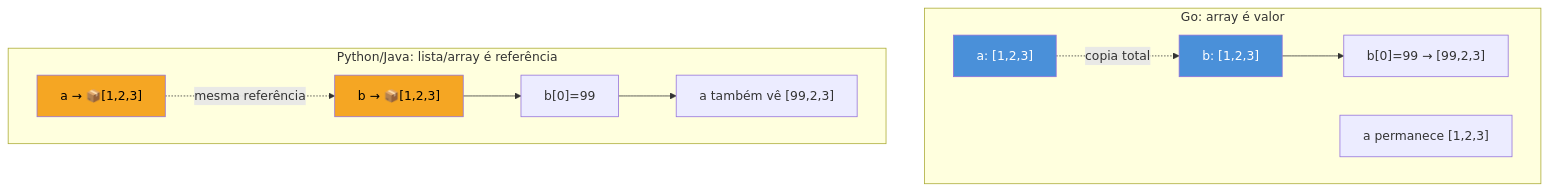
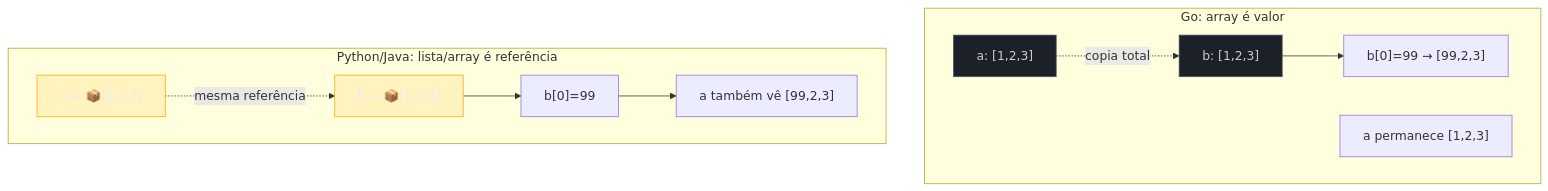
One commit to josenaldo/codex-technomanticus changed the diagram in 03-Dominios/Tecnologia/Go/05 - Coleções e dados/01 - Arrays e o modelo de valor.md. Above: the diagram before and after it, drawn with Mermaid. The commit also changed 1181 other files, not shown here.

First line of the commit message:
fix(diagramas): paleta do sistema no lugar de cor cravada no markdown

````diff
--- a/03-Dominios/Tecnologia/Go/05 - Coleções e dados/01 - Arrays e o modelo de valor.md
+++ b/03-Dominios/Tecnologia/Go/05 - Coleções e dados/01 - Arrays e o modelo de valor.md
@@ -74,20 +74,22 @@
 ```mermaid
 flowchart TB
+    classDef neutro fill:#1B2029,stroke:#4E5666,color:#C6CCD8
+    classDef destaque fill:#FFAA0024,stroke:#FFAA00,color:#E9ECF2
     subgraph Go["Go: array é valor"]
         direction LR
         A1["a: [1,2,3]"] -.copia total.-> B1["b: [1,2,3]"]
         B1 --> B1m["b[0]=99 → [99,2,3]"]
         A1m["a permanece [1,2,3]"]
     end
     subgraph Outras["Python/Java: lista/array é referência"]
         direction LR
         A2["a → 📦[1,2,3]"] -.mesma referência.-> B2["b → 📦[1,2,3]"]
         B2 --> Bm["b[0]=99"]
         Bm --> Am["a também vê [99,2,3]"]
     end
 
-    style A1 fill:#4A90D9,color:#fff
-    style B1 fill:#4A90D9,color:#fff
-    style A2 fill:#F5A623,color:#000
-    style B2 fill:#F5A623,color:#000
+    class A1 neutro
+    class B1 neutro
+    class A2 destaque
+    class B2 destaque
 ```
````
